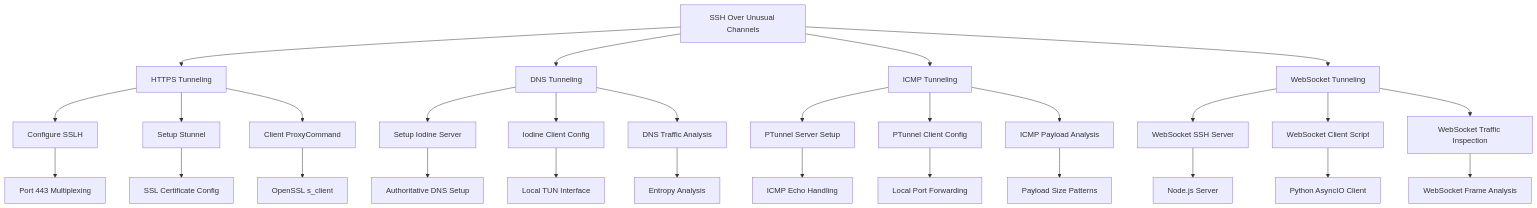
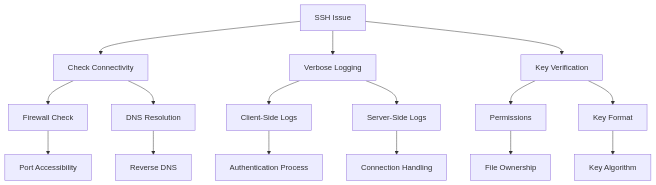
Before and after one commit to cipherbite/mastering-linux: the fifth of 5 diagrams in mastering-ssh-part-one/4 - Advanced SSH Techniques.md, drawn with Mermaid. The commit also changed other lines of this file, not shown here.

Commit message:
Update 4 - Advanced SSH Techniques.md

````diff
--- a/mastering-ssh-part-one/4 - Advanced SSH Techniques.md
+++ b/mastering-ssh-part-one/4 - Advanced SSH Techniques.md
@@ -703,39 +432,18 @@
 ```mermaid
 graph TD
-    A[SSH Over Unusual Channels] --> B[HTTPS Tunneling]
-    A --> C[DNS Tunneling]
-    A --> D[ICMP Tunneling]
-    A --> E[WebSocket Tunneling]
-
-    B --> F[Configure SSLH]
-    B --> G[Setup Stunnel]
-    B --> H[Client ProxyCommand]
-
-    C --> I[Setup Iodine Server]
-    C --> J[Iodine Client Config]
-    C --> K[DNS Traffic Analysis]
-
-    D --> L[PTunnel Server Setup]
-    D --> M[PTunnel Client Config]
-    D --> N[ICMP Payload Analysis]
-
-    E --> O[WebSocket SSH Server]
-    E --> P[WebSocket Client Script]
-    E --> Q[WebSocket Traffic Inspection]
-
-    F --> R[Port 443 Multiplexing]
-    G --> S[SSL Certificate Config]
-    H --> T[OpenSSL s_client]
-
-    I --> U[Authoritative DNS Setup]
-    J --> V[Local TUN Interface]
-    K --> W[Entropy Analysis]
-
-    L --> X[ICMP Echo Handling]
-    M --> Y[Local Port Forwarding]
-    N --> Z[Payload Size Patterns]
-
-    O --> AA[Node.js Server]
-    P --> AB[Python AsyncIO Client]
-    Q --> AC[WebSocket Frame Analysis]
+    A[SSH Issue] --> B[Check Connectivity]
+    A --> C[Verbose Logging]
+    A --> D[Key Verification]
+    B --> E[Firewall Check]
+    B --> F[DNS Resolution]
+    C --> G[Client-Side Logs]
+    C --> H[Server-Side Logs]
+    D --> I[Permissions]
+    D --> J[Key Format]
+    E --> K[Port Accessibility]
+    F --> L[Reverse DNS]
+    G --> M[Authentication Process]
+    H --> N[Connection Handling]
+    I --> O[File Ownership]
+    J --> P[Key Algorithm]
 ```
````
